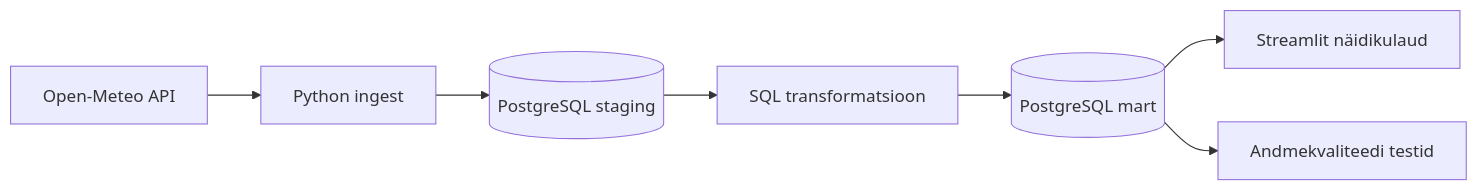
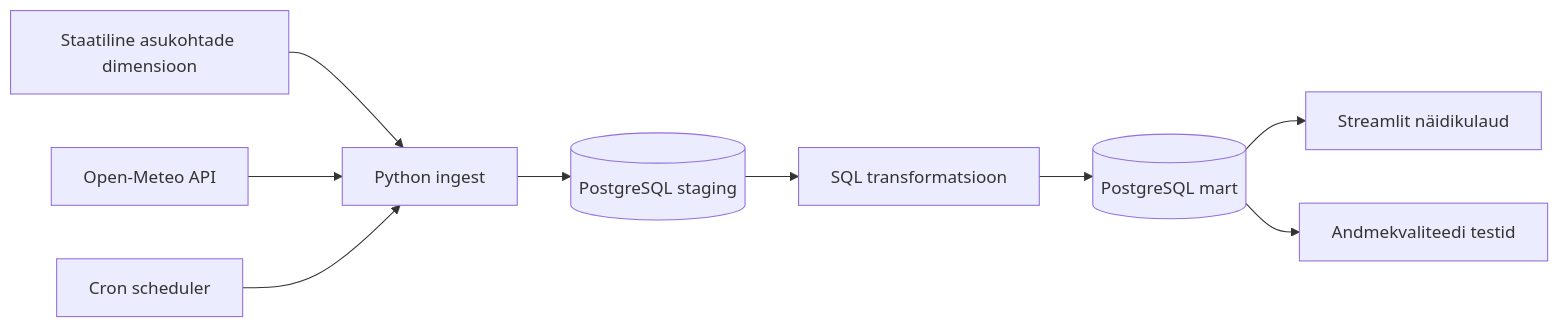
The diagram in naidisprojekt-ilmaandmed/README.md (HDO21/ut-andmeinseneeria-2026), drawn with Mermaid before and after one commit. The commit also changed other lines of this file and 14 other files, not shown here.

````diff
--- a/naidisprojekt-ilmaandmed/README.md
+++ b/naidisprojekt-ilmaandmed/README.md
@@ -30,9 +32,11 @@
 ```mermaid
 flowchart LR
+    I[Staatiline asukohtade dimensioon] --> B[Python ingest]
     A[Open-Meteo API] --> B[Python ingest]
     B --> C[(PostgreSQL staging)]
     C --> D[SQL transformatsioon]
     D --> E[(PostgreSQL mart)]
     E --> F[Streamlit näidikulaud]
     E --> G[Andmekvaliteedi testid]
+    H[Cron scheduler] --> B
 ```
````
